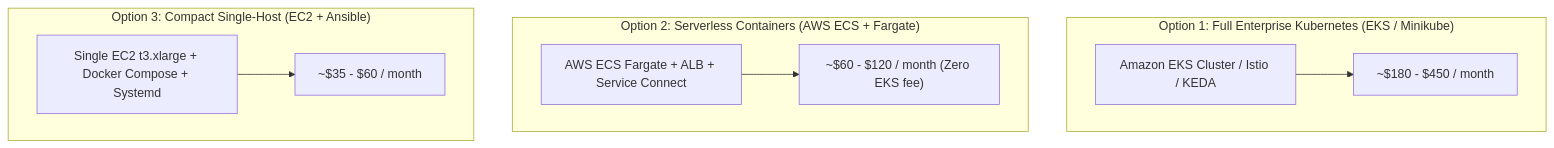
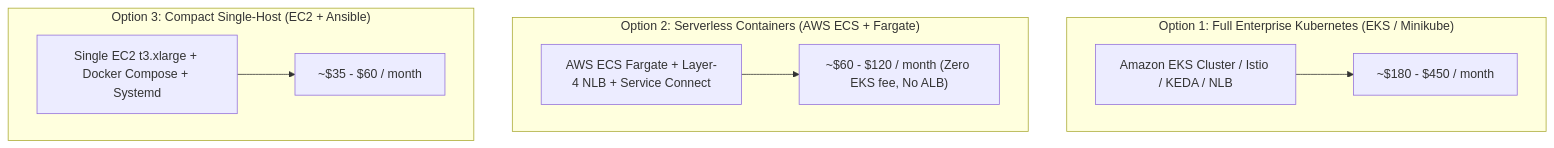
Before and after one commit to GeorgeGxx/microservices-architecture: the diagram in docs/02-operations/LIGHTWEIGHT_DEPLOYMENT_PATTERNS.md, drawn with Mermaid. The commit also changed other lines of this file and 2 other files, not shown here.

Commit message:
fix(iac): replace ALB with Layer-4 Network Load Balancer (NLB) to eliminate LCU fees and redundant L7 parsing

````diff
--- a/docs/02-operations/LIGHTWEIGHT_DEPLOYMENT_PATTERNS.md
+++ b/docs/02-operations/LIGHTWEIGHT_DEPLOYMENT_PATTERNS.md
@@ -10,17 +10,17 @@
 ```mermaid
 graph TD
     subgraph "Option 1: Full Enterprise Kubernetes (EKS / Minikube)"
-        EKS[Amazon EKS Cluster / Istio / KEDA]
+        EKS[Amazon EKS Cluster / Istio / KEDA / NLB]
         EKS --> Costs1["~$180 - $450 / month"]
     end
 
     subgraph "Option 2: Serverless Containers (AWS ECS + Fargate)"
-        ECS[AWS ECS Fargate + ALB + Service Connect]
-        ECS --> Costs2["~$60 - $120 / month (Zero EKS fee)"]
+        ECS[AWS ECS Fargate + Layer-4 NLB + Service Connect]
+        ECS --> Costs2["~$60 - $120 / month (Zero EKS fee, No ALB)"]
     end
 
     subgraph "Option 3: Compact Single-Host (EC2 + Ansible)"
         EC2[Single EC2 t3.xlarge + Docker Compose + Systemd]
         EC2 --> Costs3["~$35 - $60 / month"]
     end
 ```
````
